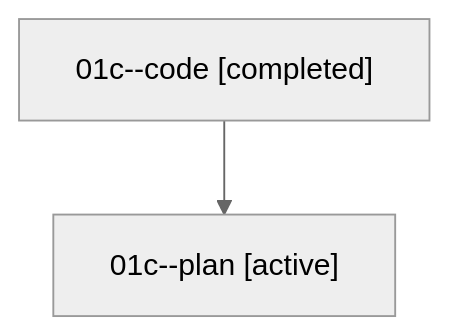
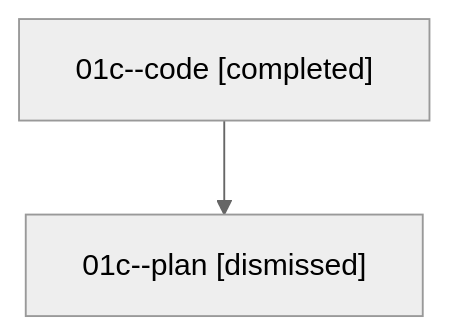
Before and after one commit to bobs-org/bob-cli--agents: the diagram in sessions/bbugyi200.athena.01c.md, drawn with Mermaid (neutral theme). The commit also changed other lines of this file and 20 other files, not shown here.

````diff
--- a/sessions/bbugyi200.athena.01c.md
+++ b/sessions/bbugyi200.athena.01c.md
@@ -9,6 +9,6 @@
 ```mermaid
 flowchart TD
   n0["01c--code [completed]"]
-  n1["01c--plan [active]"]
+  n1["01c--plan [dismissed]"]
   n0 --> n1
 ```
````
